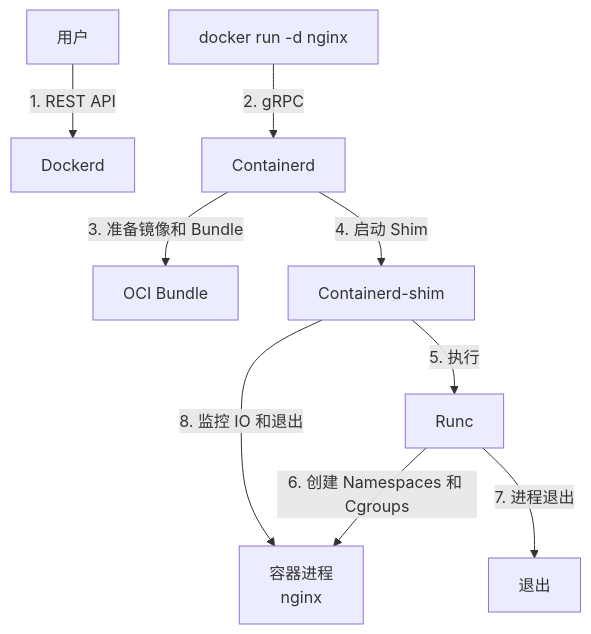
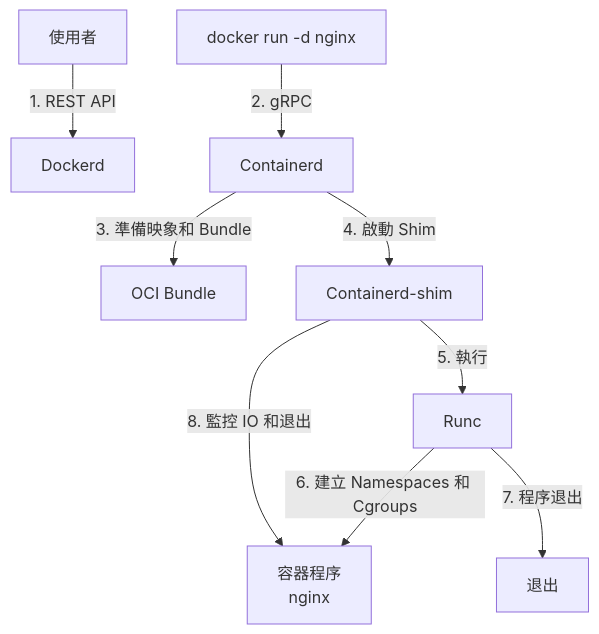
One commit to doggy8088/docker_practice changed the second of 3 diagrams in 12_implementation/12.1_arch.md. Above: the diagram before and after it, drawn with Mermaid. The commit also changed other lines of this file and 211 other files, not shown here.

````diff
--- a/12_implementation/12.1_arch.md
+++ b/12_implementation/12.1_arch.md
@@ -65,21 +65,21 @@
 ```mermaid
 flowchart TD
-  U["用户"]
+  U["使用者"]
   K["docker run -d nginx"]
   D["Dockerd"]
   C["Containerd"]
   B["OCI Bundle"]
   S["Containerd-shim"]
   R["Runc"]
-  P["容器进程\nnginx"]
+  P["容器程序\nnginx"]
   E["退出"]
 
   U -->|1. REST API| D
   K -->|2. gRPC| C
-  C -->|3. 准备镜像和 Bundle| B
-  C -->|4. 启动 Shim| S
-  S -->|5. 执行| R
-  R -->|6. 创建 Namespaces 和 Cgroups| P
-  R -->|7. 进程退出| E
-  S -->|8. 监控 IO 和退出| P
+  C -->|3. 準備映象和 Bundle| B
+  C -->|4. 啟動 Shim| S
+  S -->|5. 執行| R
+  R -->|6. 建立 Namespaces 和 Cgroups| P
+  R -->|7. 程序退出| E
+  S -->|8. 監控 IO 和退出| P
 ```
````
